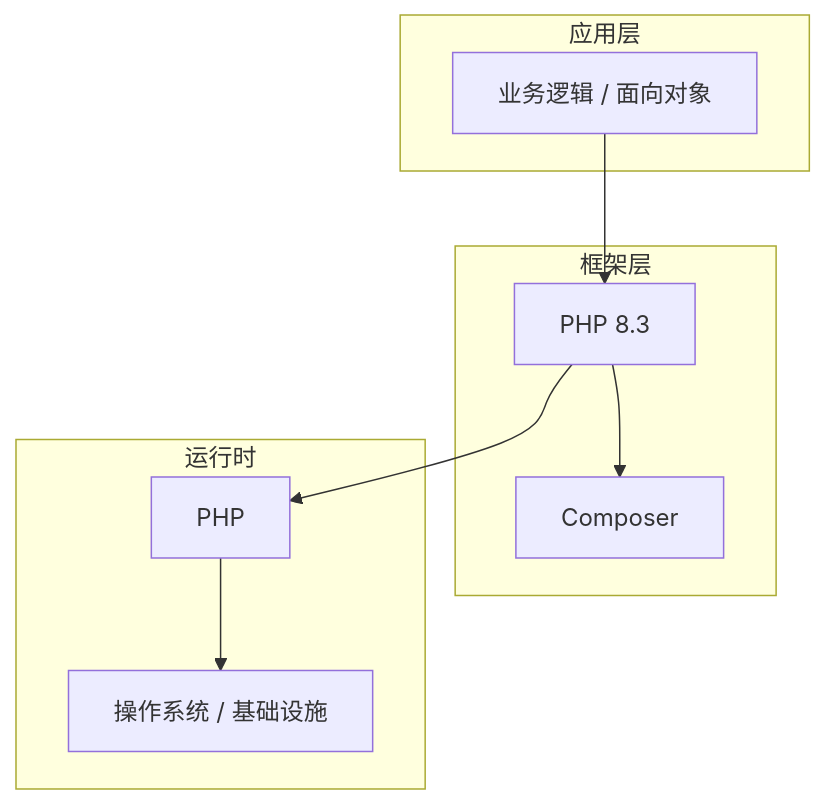
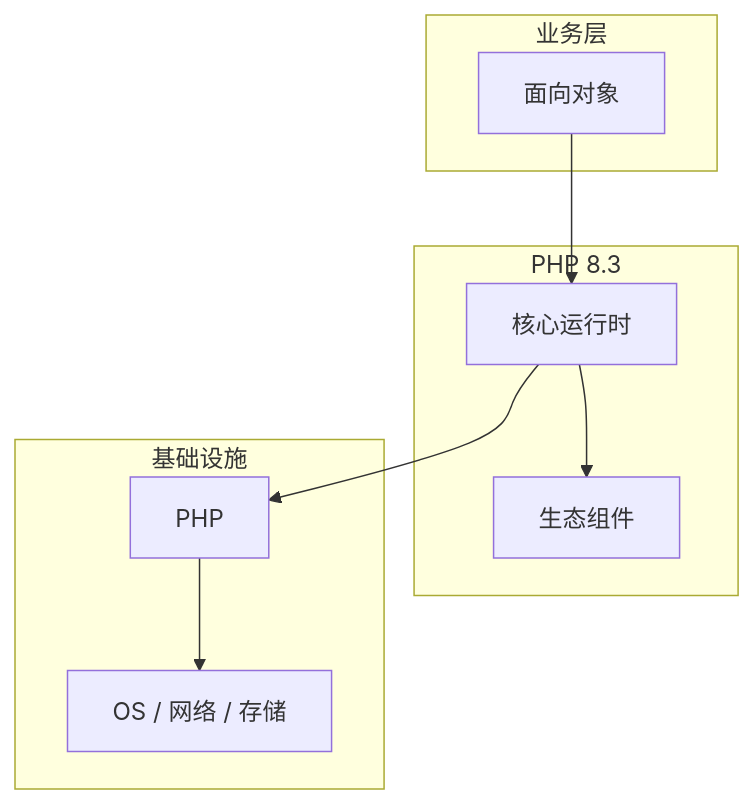
The diagram in articles/PHP/chapters/031-面向对象核心概念与原理.md (yanggan2015/knowledge-json-v2), drawn with Mermaid before and after one commit. The commit also changed other lines of this file and 10127 other files, not shown here.

````diff
--- a/articles/PHP/chapters/031-面向对象核心概念与原理.md
+++ b/articles/PHP/chapters/031-面向对象核心概念与原理.md
@@ -45,18 +34,18 @@
 ```mermaid
 graph TB
-    subgraph 应用层
-        A[业务逻辑 / 面向对象]
+    subgraph 业务层
+        A[面向对象]
     end
-    subgraph 框架层
-        B[PHP 8.3]
-        C[Composer]
+    subgraph PHP 8.3
+        B[核心运行时]
+        C[生态组件]
     end
-    subgraph 运行时
+    subgraph 基础设施
         D[PHP]
-        E[操作系统 / 基础设施]
+        E[OS / 网络 / 存储]
     end
     A --> B
     B --> C
     B --> D
     D --> E
 ```
````
